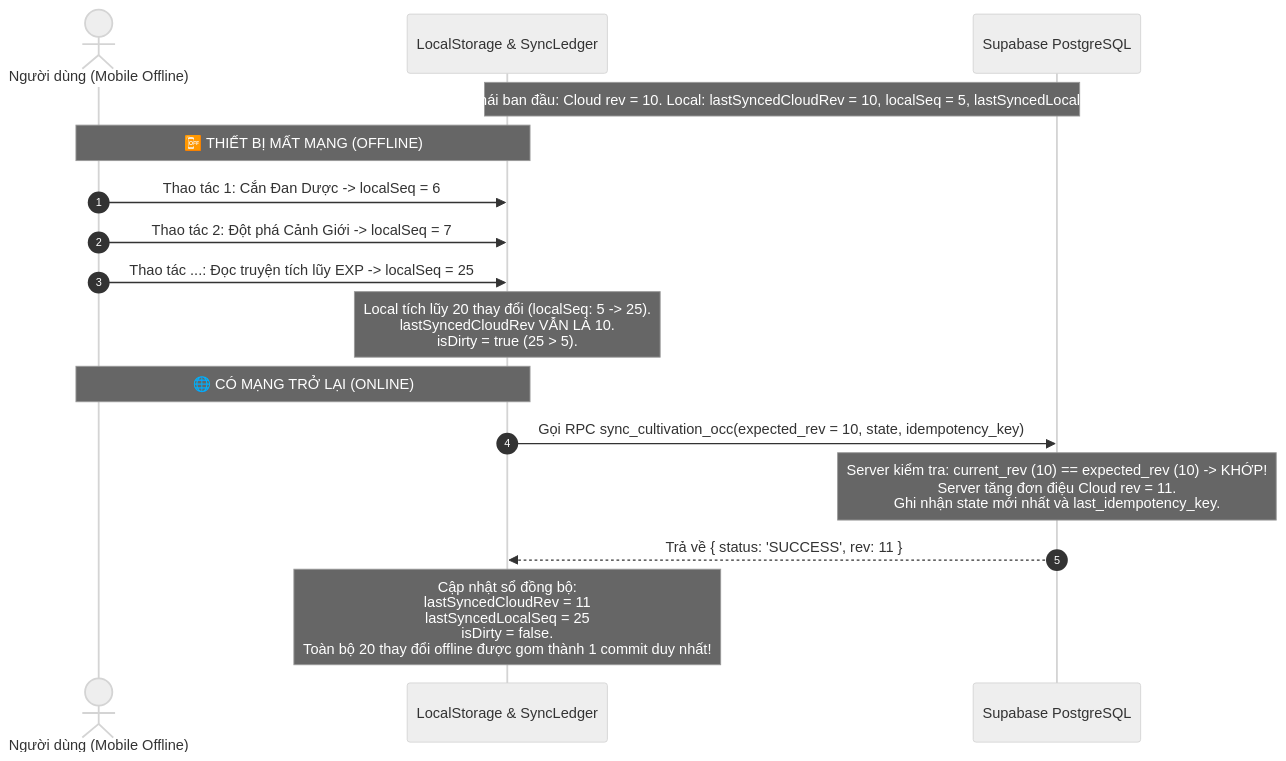
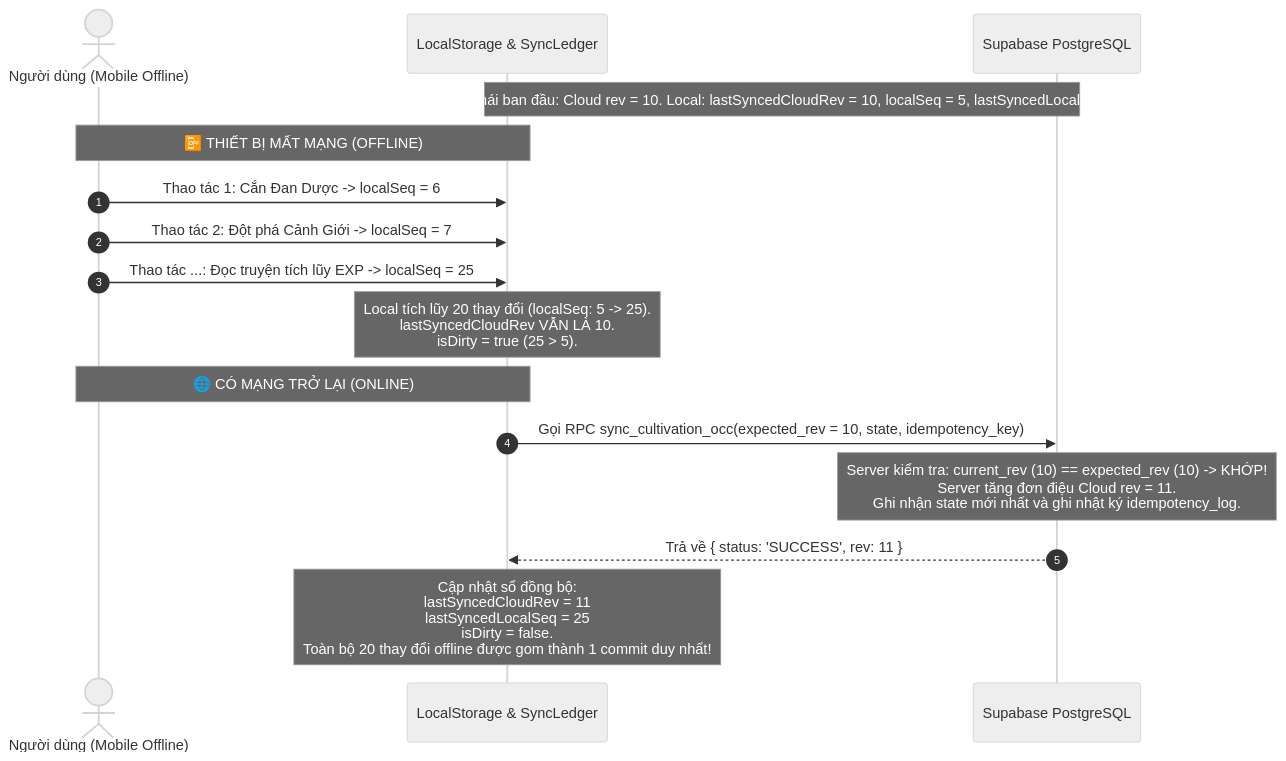
One commit to truevoidnan-commits/quangamchingoai changed the second of 6 diagrams in docs/CULTIVATION_OCC_DESIGN.md. Above: the diagram before and after it, drawn with Mermaid (neutral theme). The commit also changed other lines of this file, not shown here.

````diff
--- a/docs/CULTIVATION_OCC_DESIGN.md
+++ b/docs/CULTIVATION_OCC_DESIGN.md
@@ -78,22 +82,22 @@
 ```mermaid
 sequenceDiagram
     autonumber
     actor User as Người dùng (Mobile Offline)
     participant Local as LocalStorage & SyncLedger
     participant Cloud as Supabase PostgreSQL
 
     Note over Local, Cloud: Trạng thái ban đầu: Cloud rev = 10. Local: lastSyncedCloudRev = 10, localSeq = 5, lastSyncedLocalSeq = 5
 
     Note over User, Local: 📴 THIẾT BỊ MẤT MẠNG (OFFLINE)
     User->>Local: Thao tác 1: Cắn Đan Dược -> localSeq = 6
     User->>Local: Thao tác 2: Đột phá Cảnh Giới -> localSeq = 7
     User->>Local: Thao tác ...: Đọc truyện tích lũy EXP -> localSeq = 25
     Note over Local: Local tích lũy 20 thay đổi (localSeq: 5 -> 25).<br/>lastSyncedCloudRev VẪN LÀ 10.<br/>isDirty = true (25 > 5).
 
     Note over User, Local: 🌐 CÓ MẠNG TRỞ LẠI (ONLINE)
     Local->>Cloud: Gọi RPC sync_cultivation_occ(expected_rev = 10, state, idempotency_key)
-    Note over Cloud: Server kiểm tra: current_rev (10) == expected_rev (10) -> KHỚP!<br/>Server tăng đơn điệu Cloud rev = 11.<br/>Ghi nhận state mới nhất và last_idempotency_key.
+    Note over Cloud: Server kiểm tra: current_rev (10) == expected_rev (10) -> KHỚP!<br/>Server tăng đơn điệu Cloud rev = 11.<br/>Ghi nhận state mới nhất và ghi nhật ký idempotency_log.
     Cloud-->>Local: Trả về { status: 'SUCCESS', rev: 11 }
     
     Note over Local: Cập nhật sổ đồng bộ:<br/>lastSyncedCloudRev = 11<br/>lastSyncedLocalSeq = 25<br/>isDirty = false.<br/>Toàn bộ 20 thay đổi offline được gom thành 1 commit duy nhất!
 ```
````
